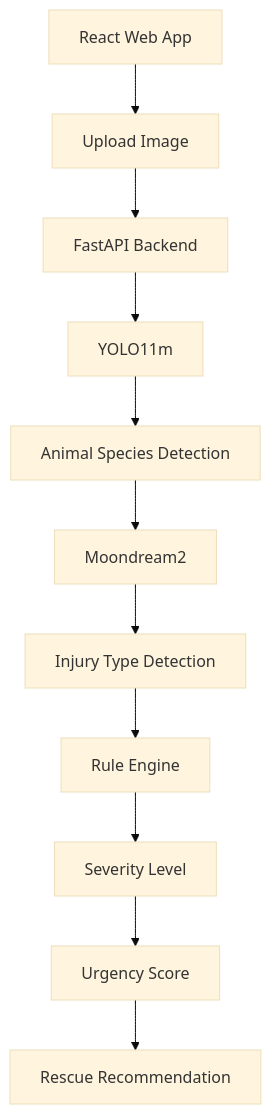
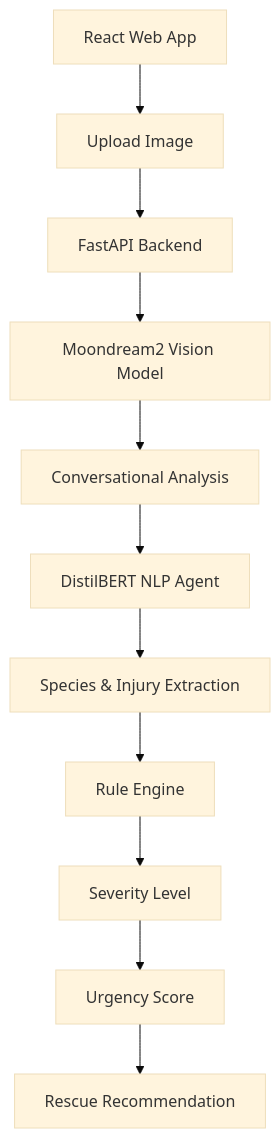
Before and after one commit to as-as2018/AI_Stray_Animal_Rescue: the diagram in README.md, drawn with Mermaid (base theme). The commit also changed other lines of this file and 2 other files, not shown here.

Commit message:
feat: implement Moondream2 vision model and DistilBERT NLP agent for AI triage pipeline

````diff
--- a/README.md
+++ b/README.md
@@ -121,15 +119,15 @@
 ```mermaid
 flowchart TD
     A[React Web App] --> B[Upload Image]
     B --> C[FastAPI Backend]
     
-    C --> D[YOLO11m]
-    D --> E[Animal Species Detection]
-    E --> F[Moondream2]
+    C --> D[Moondream2 Vision Model]
+    D --> E[Conversational Analysis]
+    E --> F[DistilBERT NLP Agent]
     
-    F --> G[Injury Type Detection]
+    F --> G[Species & Injury Extraction]
     G --> H[Rule Engine]
     H --> I[Severity Level]
     I --> J[Urgency Score]
     J --> K[Rescue Recommendation]
 ```
````
